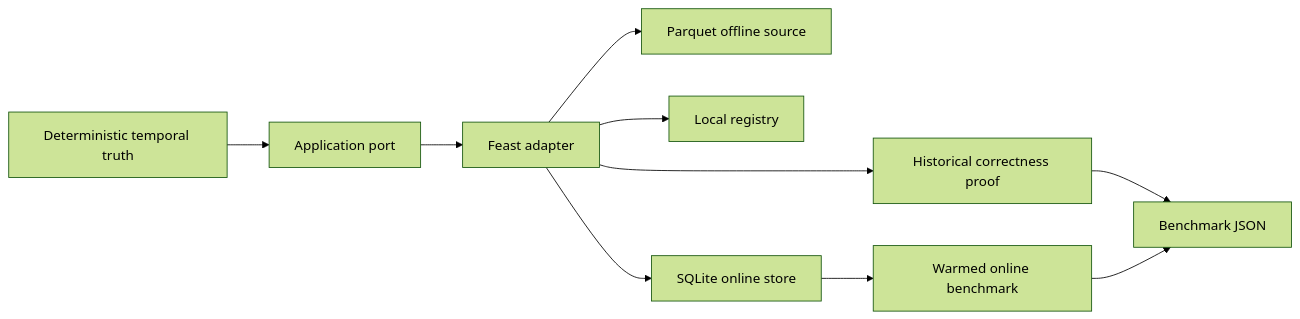
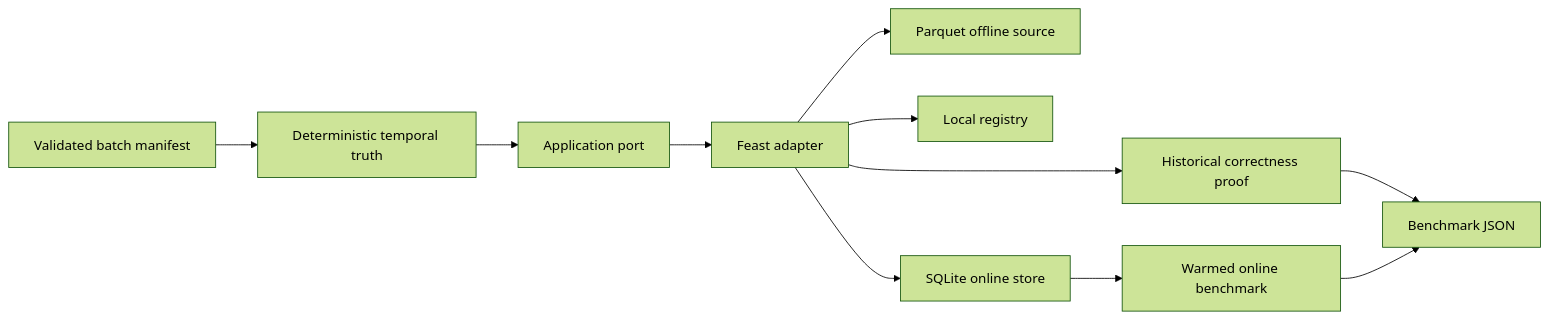
One commit to Brilhante29/feature-store-lite changed the diagram in README.md. Above: the diagram before and after it, drawn with Mermaid (forest theme). The commit also changed other lines of this file and 18 other files, not shown here.

````diff
--- a/README.md
+++ b/README.md
@@ -41,12 +44,13 @@
 ```mermaid
 flowchart LR
     T["Deterministic temporal truth"] --> P["Application port"]
+    V["Validated batch manifest"] --> T
     P --> F["Feast adapter"]
     F --> O["Parquet offline source"]
     F --> R["Local registry"]
     F --> S["SQLite online store"]
     F --> H["Historical correctness proof"]
     S --> B["Warmed online benchmark"]
     H --> E["Benchmark JSON"]
     B --> E
 ```
````
